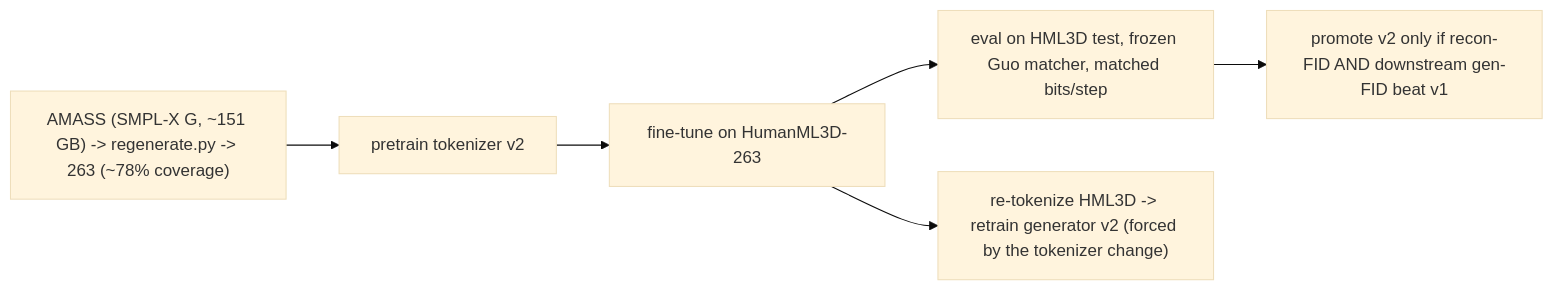
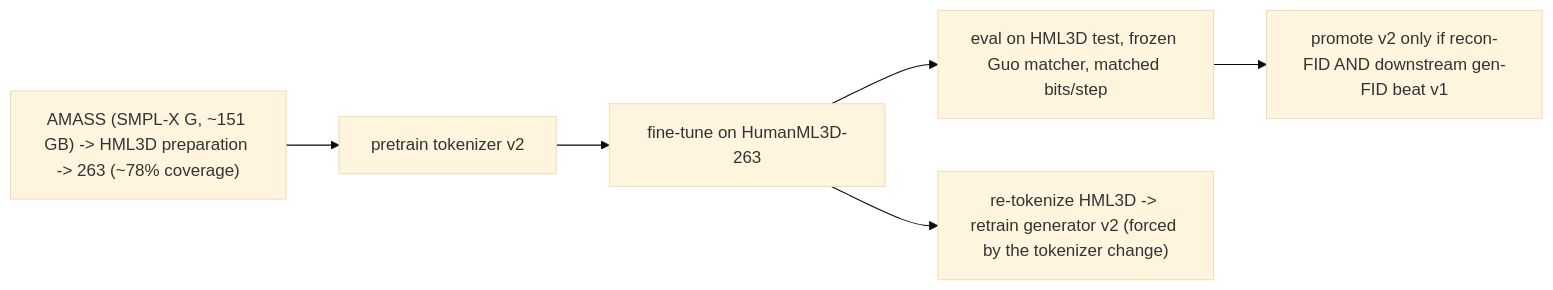
The diagram in paper/lessons/18-scaling-the-tokenizer-with-data.md (CatalinButacu/GenAI-Text2Motion), drawn with Mermaid (base theme) before and after one commit. The commit also changed other lines of this file and 209 other files, not shown here.

````diff
--- a/paper/lessons/18-scaling-the-tokenizer-with-data.md
+++ b/paper/lessons/18-scaling-the-tokenizer-with-data.md
@@ -11,8 +11,8 @@
 ```mermaid
 flowchart LR
-  AM["AMASS (SMPL-X G, ~151 GB) -> regenerate.py -> 263 (~78% coverage)"] --> PT["pretrain tokenizer v2"]
+  AM["AMASS (SMPL-X G, ~151 GB) -> HML3D preparation -> 263 (~78% coverage)"] --> PT["pretrain tokenizer v2"]
   PT --> FT["fine-tune on HumanML3D-263"]
   FT --> EV["eval on HML3D test, frozen Guo matcher, matched bits/step"]
   FT --> RT["re-tokenize HML3D -> retrain generator v2 (forced by the tokenizer change)"]
   EV --> DEC["promote v2 only if recon-FID AND downstream gen-FID beat v1"]
 ```
````
